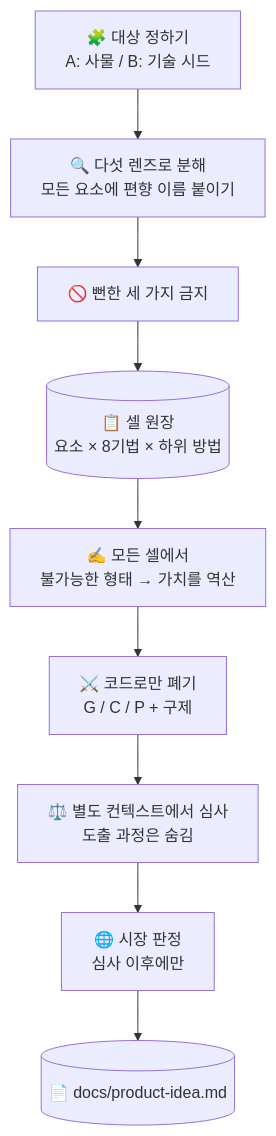
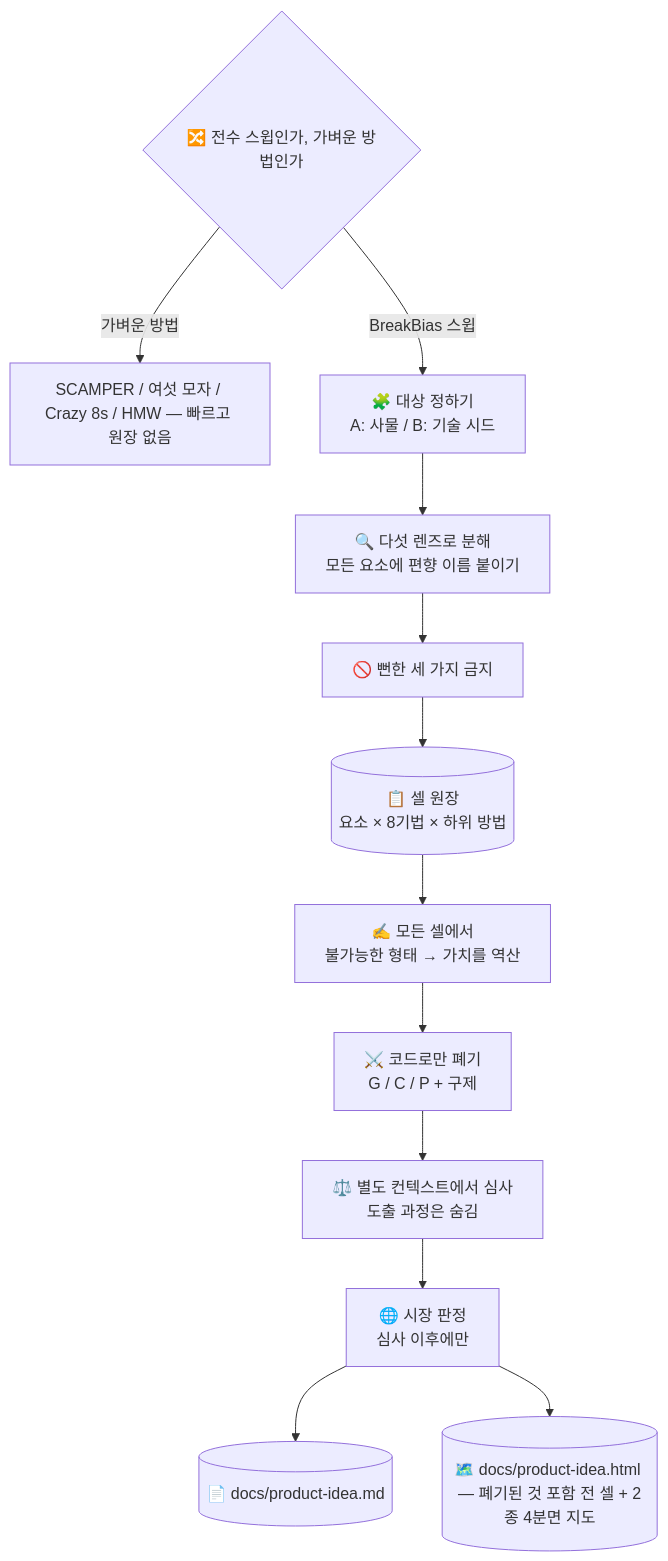
The diagram in skills/superforge-brain/README.ko.md (takaoumehara/superforge-skill), drawn with Mermaid before and after one commit. The commit also changed other lines of this file and 21 other files, not shown here.

First line of the commit message:
Give BreakBias a choice of method and full transparency; add landing-page design knowledge (#2)

````diff
--- a/skills/superforge-brain/README.ko.md
+++ b/skills/superforge-brain/README.ko.md
@@ -27,11 +27,14 @@
 ```mermaid
 flowchart TD
-    A[🧩 대상 정하기<br/>A: 사물 / B: 기술 시드] --> B[🔍 다섯 렌즈로 분해<br/>모든 요소에 편향 이름 붙이기]
+    Z{🔀 전수 스윕인가, 가벼운 방법인가} -->|가벼운 방법| ZC[SCAMPER / 여섯 모자 / Crazy 8s / HMW — 빠르고 원장 없음]
+    Z -->|BreakBias 스윕| A[🧩 대상 정하기<br/>A: 사물 / B: 기술 시드]
+    A --> B[🔍 다섯 렌즈로 분해<br/>모든 요소에 편향 이름 붙이기]
     B --> C[🚫 뻔한 세 가지 금지]
     C --> D[(📋 셀 원장<br/>요소 × 8기법 × 하위 방법)]
     D --> E[✍️ 모든 셀에서<br/>불가능한 형태 → 가치를 역산]
     E --> F[⚔️ 코드로만 폐기<br/>G / C / P + 구제]
     F --> G[⚖️ 별도 컨텍스트에서 심사<br/>도출 과정은 숨김]
     G --> H[🌐 시장 판정<br/>심사 이후에만]
     H --> I[(📄 docs/product-idea.md)]
+    H --> J[(🗺️ docs/product-idea.html — 폐기된 것 포함 전 셀 + 2종 4분면 지도)]
 ```
````
